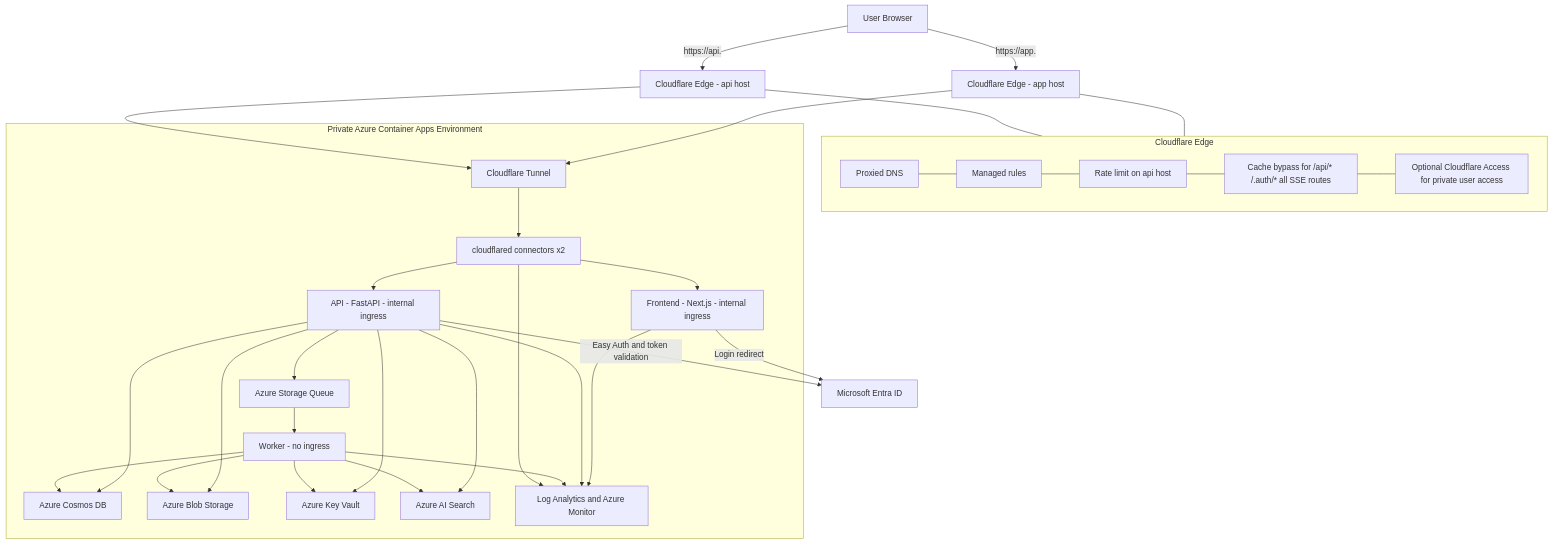
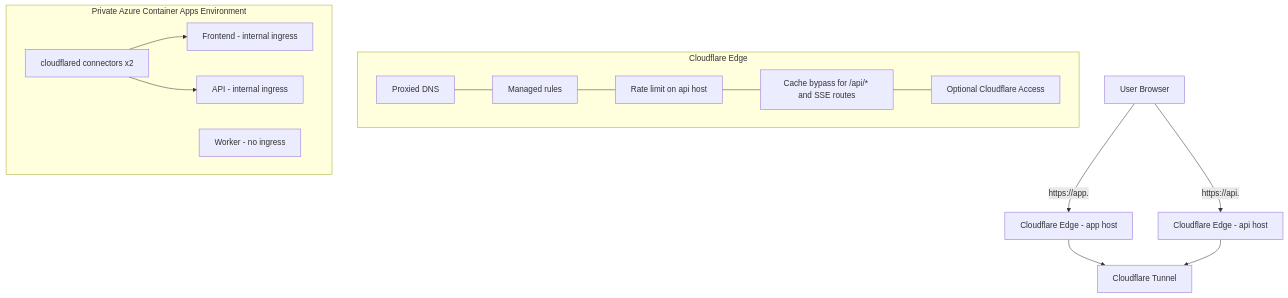
Before and after one commit to huytu0702/gtog: the diagram in docs/topo_v4.md, drawn with Mermaid. The commit also changed other lines of this file and 37 other files, not shown here.

````diff
--- a/docs/topo_v4.md
+++ b/docs/topo_v4.md
@@ -5,59 +5,28 @@
 ```mermaid
 flowchart TB
   U[User Browser]
 
   U -->|https://app.<domain>| CFAPP[Cloudflare Edge - app host]
   U -->|https://api.<domain>| CFAPI[Cloudflare Edge - api host]
 
   subgraph EDGE[Cloudflare Edge]
     DNS[Proxied DNS]
     WAF[Managed rules]
     RL[Rate limit on api host]
-    CACHE[Cache bypass for /api/* /.auth/* all SSE routes]
-    ACCESS[Optional Cloudflare Access for private user access]
+    CACHE[Cache bypass for /api/* and SSE routes]
+    ACCESS[Optional Cloudflare Access]
     DNS --- WAF --- RL --- CACHE --- ACCESS
   end
-
-  CFAPP --- EDGE
-  CFAPI --- EDGE
 
   CFAPP --> TUNNEL[Cloudflare Tunnel]
   CFAPI --> TUNNEL
 
   subgraph ACA[Private Azure Container Apps Environment]
     CONN[cloudflared connectors x2]
-    FE[Frontend - Next.js - internal ingress]
-    API[API - FastAPI - internal ingress]
+    FE[Frontend - internal ingress]
+    API[API - internal ingress]
     WORKER[Worker - no ingress]
-    QUEUE[Azure Storage Queue]
-    COSMOS[Azure Cosmos DB]
-    BLOB[Azure Blob Storage]
-    KV[Azure Key Vault]
-    SEARCH[Azure AI Search]
-    OBS[Log Analytics and Azure Monitor]
-
-    TUNNEL --> CONN
     CONN --> FE
     CONN --> API
-
-    API --> QUEUE
-    API --> COSMOS
-    API --> BLOB
-    API --> KV
-    API --> SEARCH
-
-    QUEUE --> WORKER
-    WORKER --> COSMOS
-    WORKER --> BLOB
-    WORKER --> KV
-    WORKER --> SEARCH
-
-    FE --> OBS
-    API --> OBS
-    WORKER --> OBS
-    CONN --> OBS
   end
-
-  FE -->|Login redirect| ENTRA[Microsoft Entra ID]
-  API -->|Easy Auth and token validation| ENTRA
 ```
````
